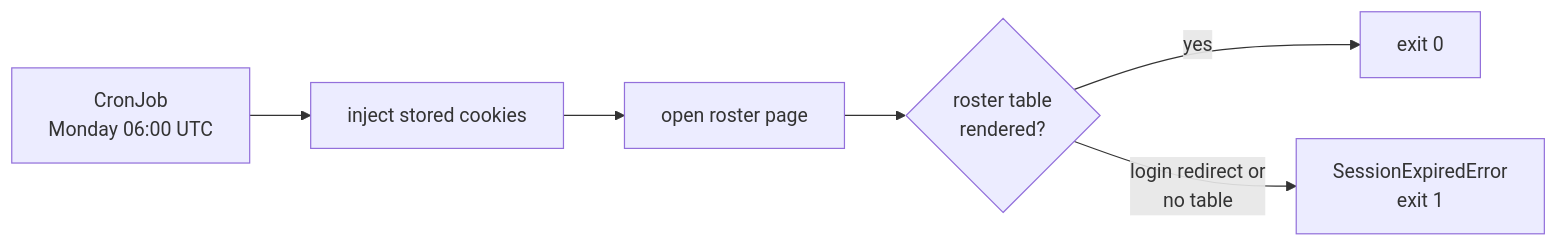
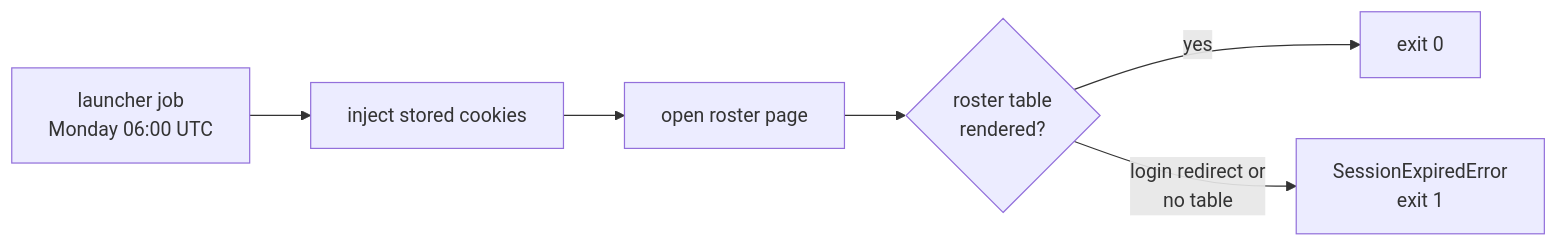
Before and after one commit to cvillarr23/fantasy-browser-worker: the diagram in docs/bots/session-health.md, drawn with Mermaid. The commit also changed other lines of this file and 4 other files, not shown here.

First line of the commit message:
Describe the bot schedules as launcher jobs, not CronJobs (#249)

````diff
--- a/docs/bots/session-health.md
+++ b/docs/bots/session-health.md
@@ -9,8 +9,8 @@
 ```mermaid
 flowchart LR
-    cron["CronJob\nMonday 06:00 UTC"] --> auth["inject stored cookies"]
+    cron["launcher job\nMonday 06:00 UTC"] --> auth["inject stored cookies"]
     auth --> page["open roster page"]
     page --> ok{"roster table\nrendered?"}
     ok -->|yes| pass["exit 0"]
     ok -->|"login redirect or\nno table"| fail["SessionExpiredError\nexit 1"]
 ```
````
